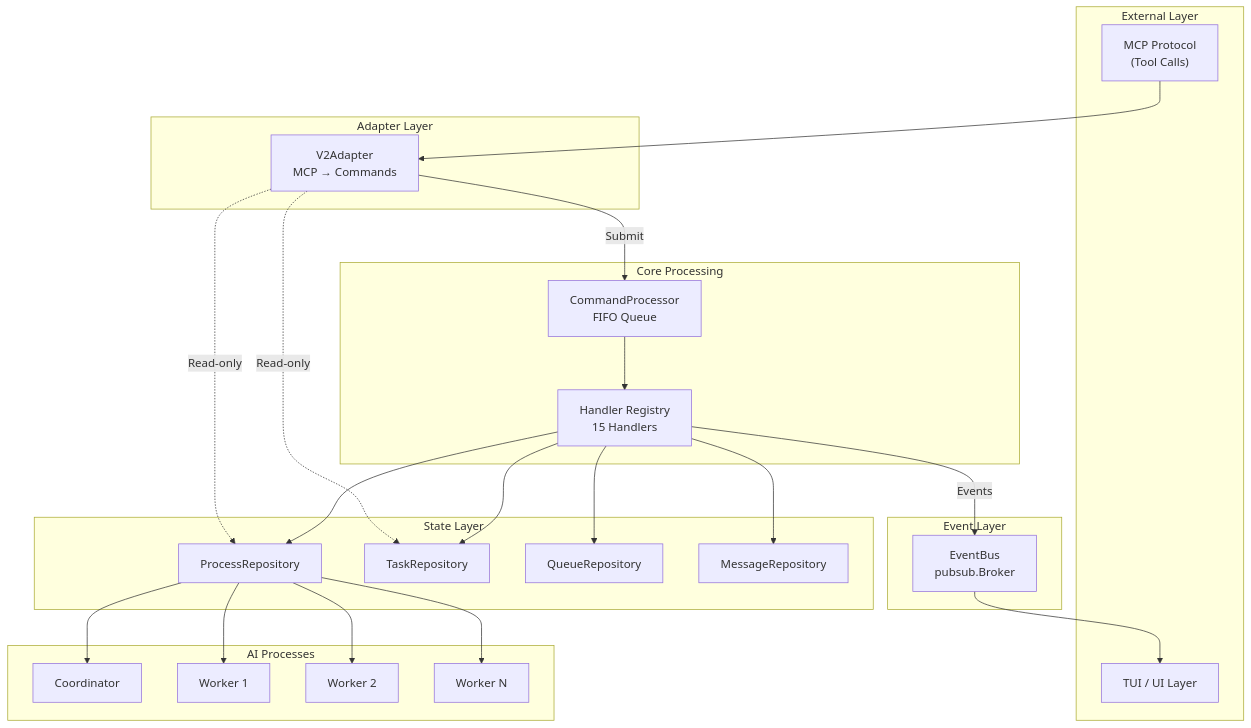
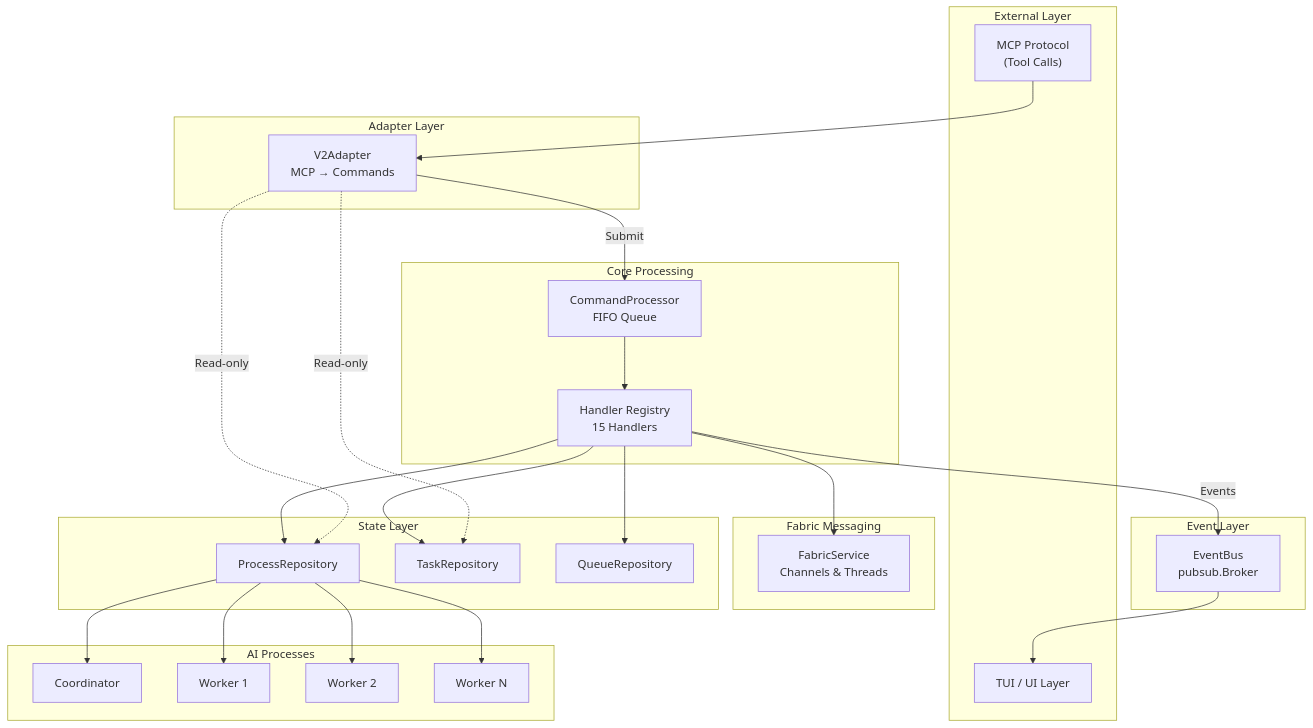
One commit to hk9890/perles changed the first of 2 diagrams in internal/orchestration/v2/docs/README.md. Above: the diagram before and after it, drawn with Mermaid. The commit also changed 78 other files, not shown here.

````diff
--- a/internal/orchestration/v2/docs/README.md
+++ b/internal/orchestration/v2/docs/README.md
@@ -7,50 +7,53 @@
 ```mermaid
 flowchart TB
     subgraph External["External Layer"]
         MCP["MCP Protocol<br/>(Tool Calls)"]
         TUI["TUI / UI Layer"]
     end
     
     subgraph Adapter["Adapter Layer"]
         V2A["V2Adapter<br/>MCP → Commands"]
     end
     
     subgraph Core["Core Processing"]
         CP["CommandProcessor<br/>FIFO Queue"]
         HR["Handler Registry<br/>15 Handlers"]
     end
     
     subgraph State["State Layer"]
         PR["ProcessRepository"]
         TR["TaskRepository"]
         QR["QueueRepository"]
-        MR["MessageRepository"]
+    end
+    
+    subgraph Fabric["Fabric Messaging"]
+        FS["FabricService<br/>Channels & Threads"]
     end
     
     subgraph Events["Event Layer"]
         EB["EventBus<br/>pubsub.Broker"]
     end
     
     subgraph Processes["AI Processes"]
         COORD["Coordinator"]
         W1["Worker 1"]
         W2["Worker 2"]
         WN["Worker N"]
     end
     
     MCP --> V2A
     V2A -->|Submit| CP
     V2A -.->|Read-only| PR
     V2A -.->|Read-only| TR
     CP --> HR
     HR --> PR
     HR --> TR
     HR --> QR
-    HR --> MR
+    HR --> FS
     HR -->|Events| EB
     EB --> TUI
     PR --> COORD
     PR --> W1
     PR --> W2
     PR --> WN
 ```
````
